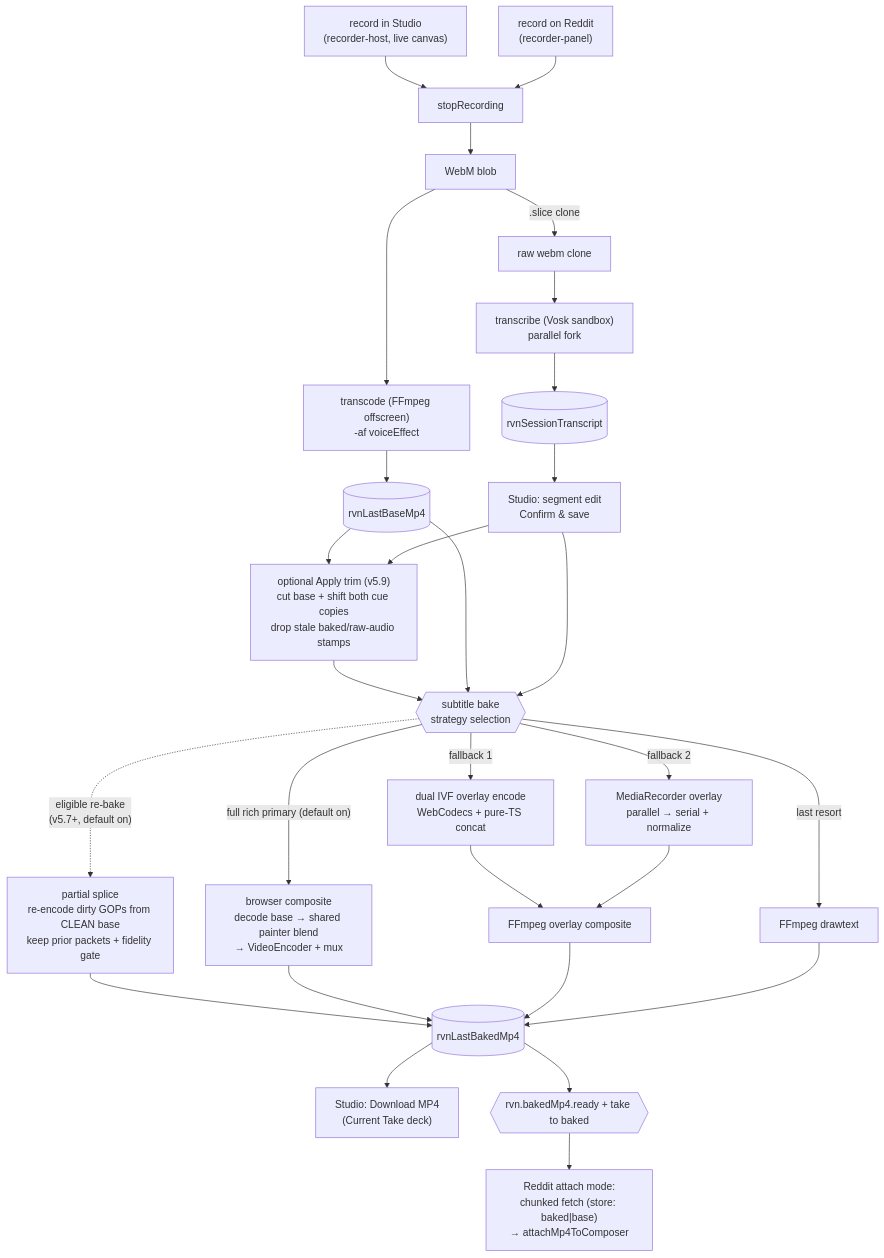
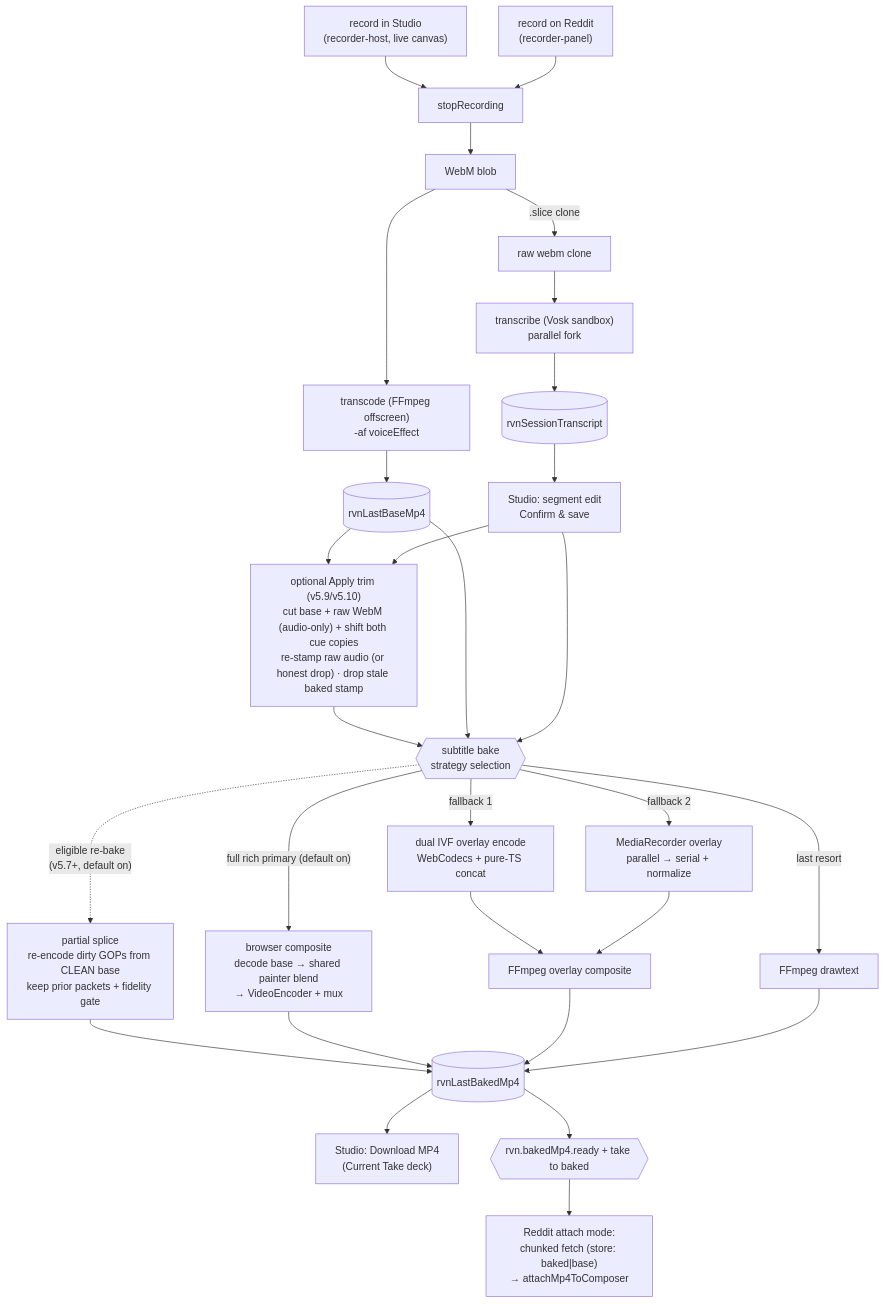
The second of 5 diagrams in docs/architecture/architecture-map.md (bra-khet/reddit-voice-notes-chrome), drawn with Mermaid before and after one commit. The commit also changed other lines of this file and 10 other files, not shown here.

````diff
--- a/docs/architecture/architecture-map.md
+++ b/docs/architecture/architecture-map.md
@@ -87,31 +88,31 @@
 ```mermaid
 flowchart TD
   RS["record in Studio<br/>(recorder-host, live canvas)"] --> STOP[stopRecording]
   RR["record on Reddit<br/>(recorder-panel)"] --> STOP
   STOP --> WEBM[WebM blob]
   WEBM -- ".slice clone" --> CLONE[raw webm clone]
   WEBM --> TC["transcode (FFmpeg offscreen)<br/>-af voiceEffect"]
   CLONE --> TR["transcribe (Vosk sandbox)<br/>parallel fork"]
   TC --> BASE[(rvnLastBaseMp4)]
   TR --> SESS[(rvnSessionTranscript)]
   SESS --> EDIT["Studio: segment edit<br/>Confirm & save"]
-  BASE --> APPLY["optional Apply trim (v5.9)<br/>cut base + shift both cue copies<br/>drop stale baked/raw-audio stamps"]
+  BASE --> APPLY["optional Apply trim (v5.9/v5.10)<br/>cut base + raw WebM (audio-only) + shift both cue copies<br/>re-stamp raw audio (or honest drop) · drop stale baked stamp"]
   EDIT --> APPLY
   APPLY --> BAKE
   BASE --> BAKE
   EDIT --> BAKE{{"subtitle bake<br/>strategy selection"}}
   BAKE -. "eligible re-bake<br/>(v5.7+, default on)" .-> SPL["partial splice<br/>re-encode dirty GOPs from CLEAN base<br/>keep prior packets + fidelity gate"]
   SPL --> BAKED
   BAKE -- "full rich primary (default on)" --> BC["browser composite<br/>decode base → shared painter blend<br/>→ VideoEncoder + mux"]
   BAKE -- "fallback 1" --> WC["dual IVF overlay encode<br/>WebCodecs + pure-TS concat"]
   BAKE -- "fallback 2" --> MR["MediaRecorder overlay<br/>parallel → serial + normalize"]
   WC --> FFC["FFmpeg overlay composite"]
   MR --> FFC
   BAKE -- "last resort" --> DT["FFmpeg drawtext"]
   BC --> BAKED[(rvnLastBakedMp4)]
   FFC --> BAKED
   DT --> BAKED
   BAKED --> DECK["Studio: Download MP4<br/>(Current Take deck)"]
   BAKED --> SIG{{"rvn.bakedMp4.ready + take to baked"}}
   SIG --> ATTACH["Reddit attach mode:<br/>chunked fetch (store: baked|base)<br/>→ attachMp4ToComposer"]
 ```
````
